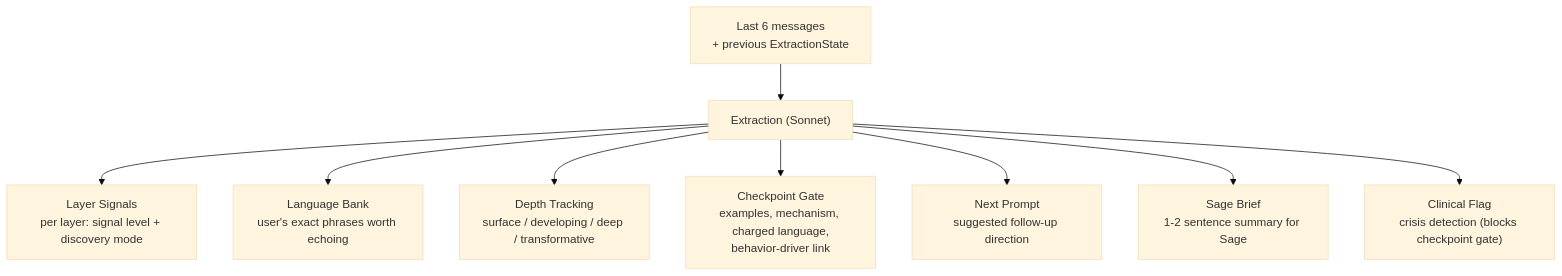
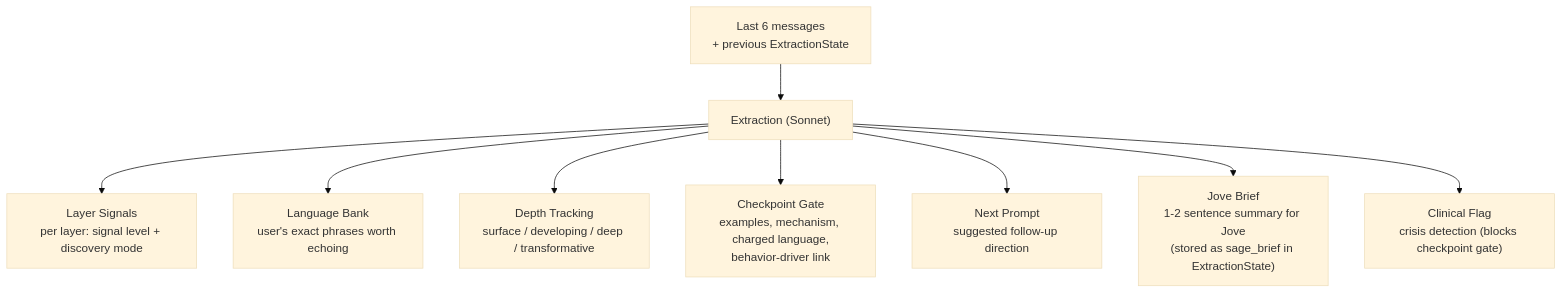
One commit to h2onation/mantle changed the second of 3 diagrams in .claude/diagrams/extraction-pipeline.md. Above: the diagram before and after it, drawn with Mermaid (base theme). The commit also changed other lines of this file and 16 other files, not shown here.

````diff
--- a/.claude/diagrams/extraction-pipeline.md
+++ b/.claude/diagrams/extraction-pipeline.md
@@ -33,12 +33,12 @@
 ```mermaid
 flowchart TD
     INPUT["Last 6 messages<br/>+ previous ExtractionState"] --> EXT["Extraction (Sonnet)"]
 
     EXT --> LS["Layer Signals<br/>per layer: signal level + discovery mode"]
     EXT --> LB["Language Bank<br/>user's exact phrases worth echoing"]
     EXT --> DT["Depth Tracking<br/>surface / developing / deep / transformative"]
     EXT --> CG["Checkpoint Gate<br/>examples, mechanism, charged language,<br/>behavior-driver link"]
     EXT --> NP["Next Prompt<br/>suggested follow-up direction"]
-    EXT --> SB["Sage Brief<br/>1-2 sentence summary for Sage"]
+    EXT --> SB["Jove Brief<br/>1-2 sentence summary for Jove<br/>(stored as sage_brief in ExtractionState)"]
     EXT --> CF["Clinical Flag<br/>crisis detection (blocks checkpoint gate)"]
 ```
````
